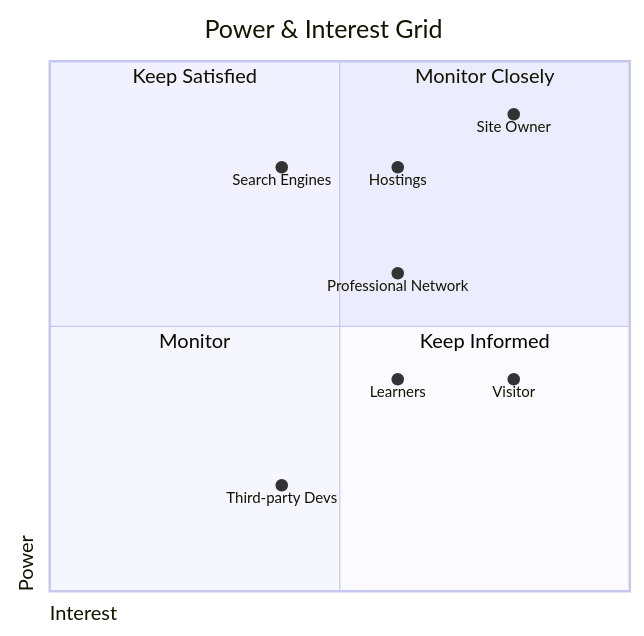
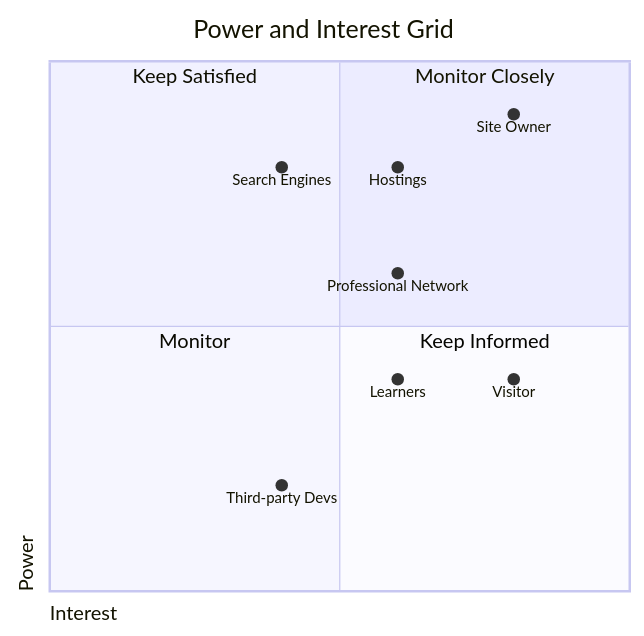
Before and after one commit to alexander-bzikadze/blog: the diagram in src/content/docs/architecture/stakeholders/index.mdx, drawn with Mermaid. The commit also changed 7 other files, not shown here.

Commit message:
Fix Mermaid dynamic theme * Create a mermaid facade; * Create a starlight-mermaid adapter; * Remove mermaid two-places dependency; * Move mermaid adapter to starlight components.

````diff
--- a/src/content/docs/architecture/stakeholders/index.mdx
+++ b/src/content/docs/architecture/stakeholders/index.mdx
@@ -81,19 +81,19 @@
 ```mermaid
 quadrantChart
-    title Power & Interest Grid
+    title Power and Interest Grid
     x-axis Interest
     y-axis Power
 
     quadrant-1 Monitor Closely
     quadrant-2 Keep Satisfied
     quadrant-3 Monitor
     quadrant-4 Keep Informed
 
     Site Owner: [0.8, 0.9]
     Visitor: [0.8, 0.4]
     Professional Network: [0.6, 0.6]
     Learners: [0.6, 0.4]
     Search Engines: [0.4, 0.8]
     Hostings: [0.6, 0.8]
     Third-party Devs: [0.4, 0.2]
 ```
````
